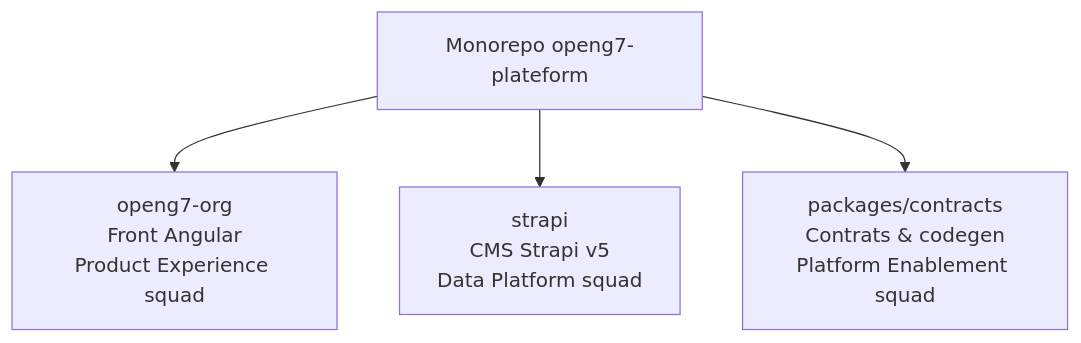
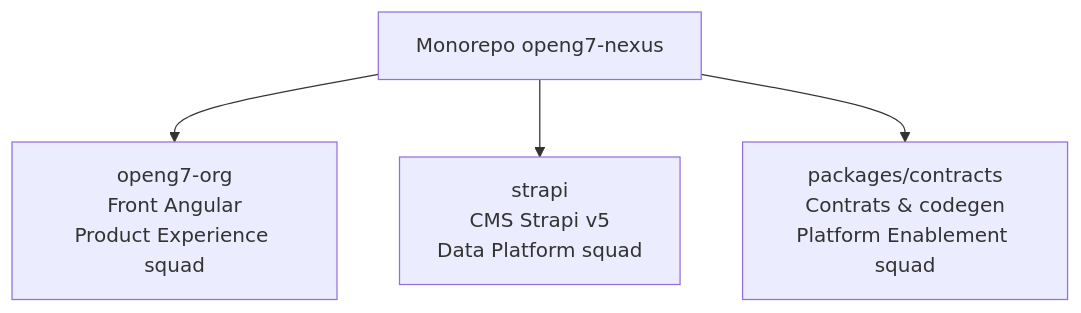
Before and after one commit to OpenG7/openg7-platform: the diagram in docs/getting-started.md, drawn with Mermaid. The commit also changed other lines of this file and 12 other files, not shown here.

````diff
--- a/docs/getting-started.md
+++ b/docs/getting-started.md
@@ -81,7 +81,7 @@
 ```mermaid
 graph TD
-  root[Monorepo openg7-plateform]
+  root[Monorepo openg7-nexus]
   root --> front[openg7-org\nFront Angular\nProduct Experience squad]
   root --> next[strapi\nCMS Strapi v5\nData Platform squad]
   root --> contracts[packages/contracts\nContrats & codegen\nPlatform Enablement squad]
 ```
````
